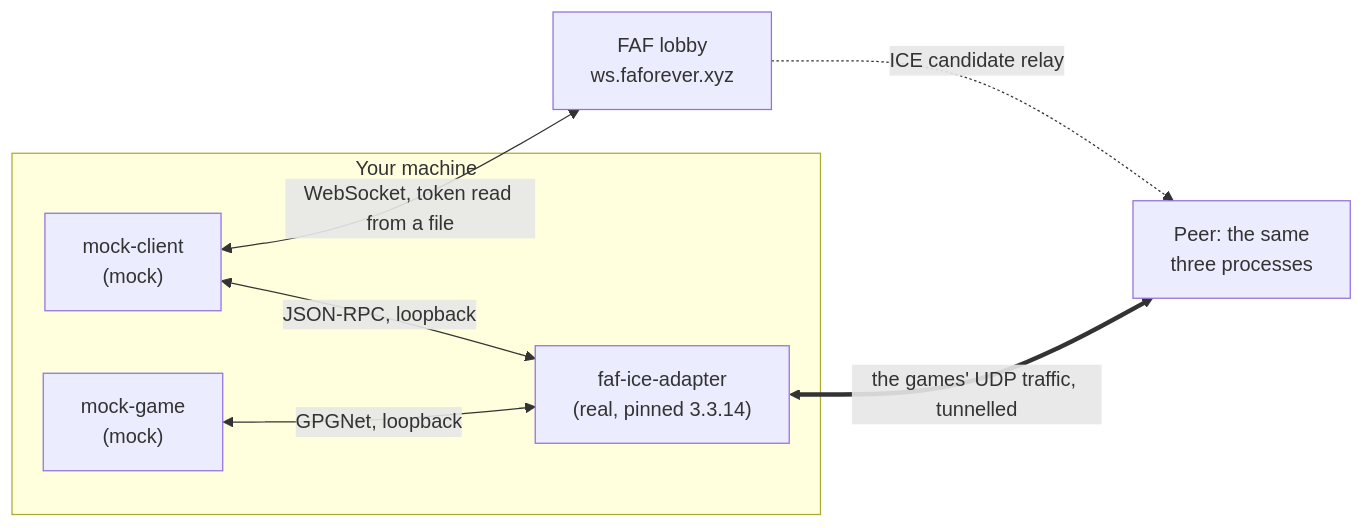
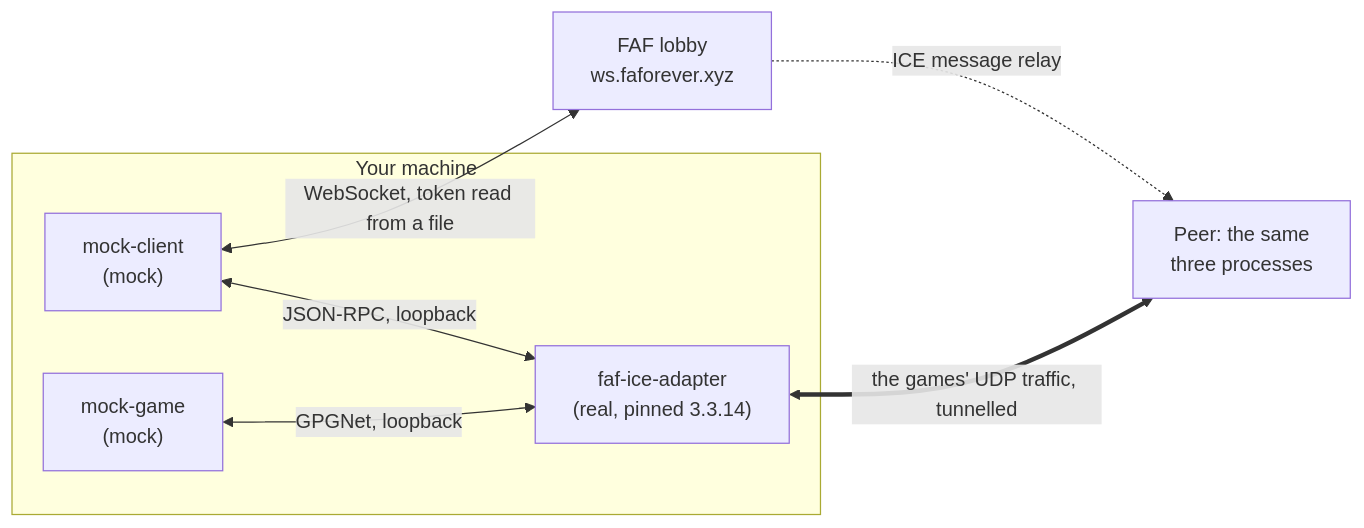
Before and after one commit to md-173/faf-test-harness: the diagram in README.md, drawn with Mermaid. The commit also changed other lines of this file and 14 other files, not shown here.

````diff
--- a/README.md
+++ b/README.md
@@ -47,15 +61,15 @@
 ```mermaid
 flowchart LR
     subgraph local["Your machine"]
         MC["mock-client<br/>(mock)"]
         IA["faf-ice-adapter<br/>(real, pinned 3.3.14)"]
         MG["mock-game<br/>(mock)"]
     end
     LOBBY["FAF lobby<br/>ws.faforever.xyz"]
     PEER["Peer: the same<br/>three processes"]
     MC <-->|"WebSocket, token read from a file"| LOBBY
     MC <-->|"JSON-RPC, loopback"| IA
     MG <-->|"GPGNet, loopback"| IA
     IA <==>|"the games' UDP traffic, tunnelled"| PEER
-    LOBBY -.->|"ICE candidate relay"| PEER
+    LOBBY -.->|"ICE message relay"| PEER
 ```
````
